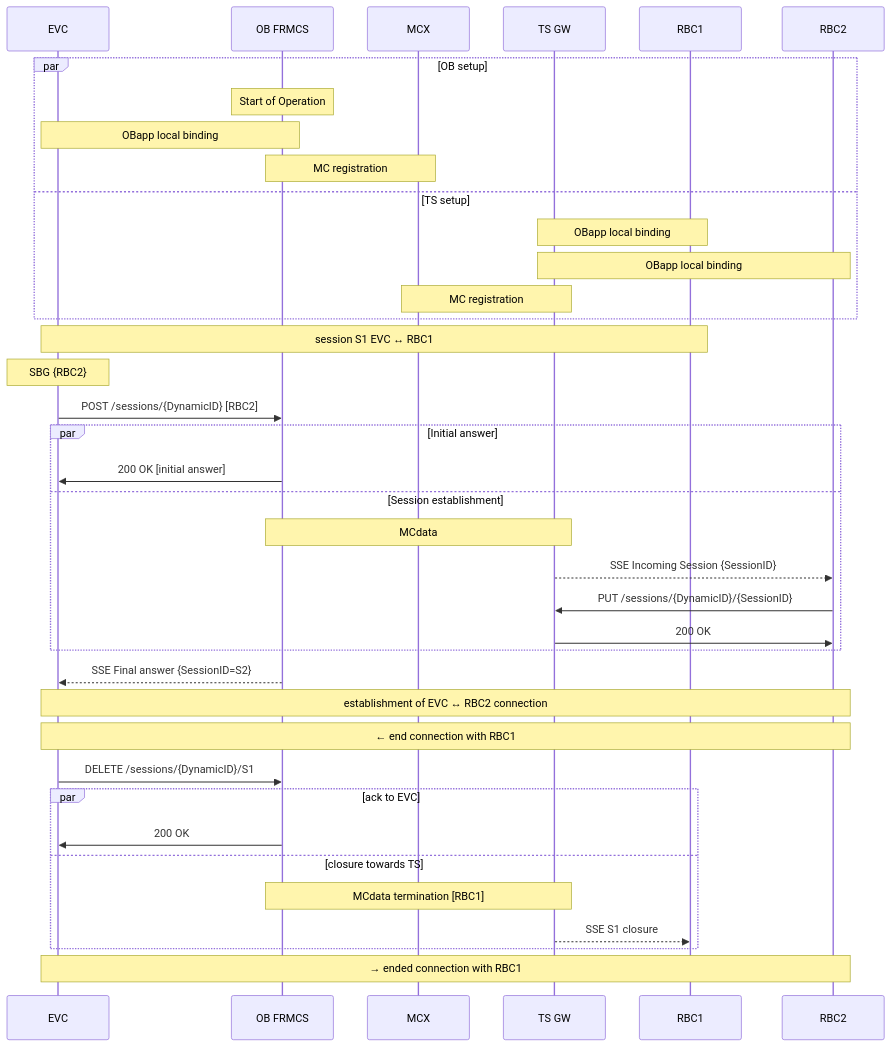
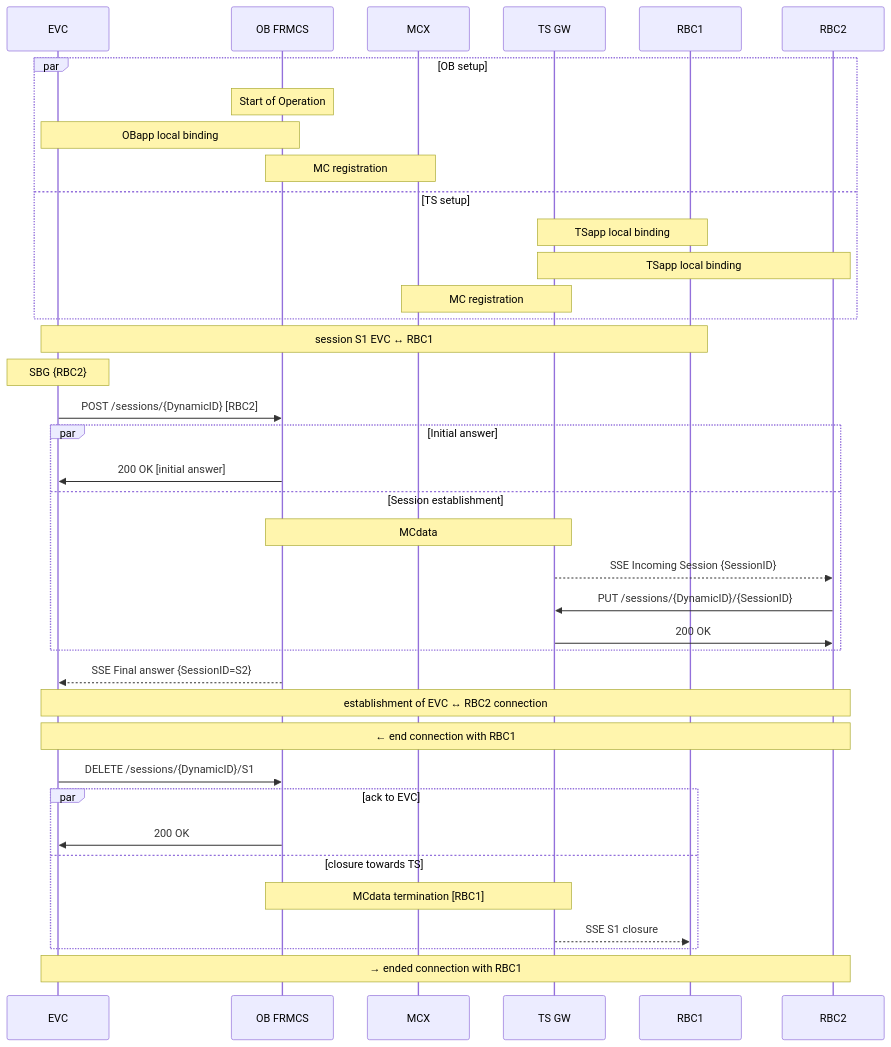
The third of 4 diagrams in API/README.md (UICrail/FRMCSSandbox), drawn with Mermaid before and after one commit. The commit also changed other lines of this file, not shown here.

````diff
--- a/API/README.md
+++ b/API/README.md
@@ -97,48 +97,48 @@
 ```mermaid
 
 sequenceDiagram
 participant A as EVC
 participant O as OB FRMCS
 participant M as MCX
 participant T as TS GW
 participant B1 as RBC1
 participant B2 as RBC2
 
 par OB setup
 	Note over O: Start of Operation 
 	Note over A,O: OBapp local binding
 	Note over O,M:	MC registration
 and TS setup
-	Note over B1,T: OBapp local binding
-	Note over B2,T: OBapp local binding
+	Note over B1,T: TSapp local binding
+	Note over B2,T: TSapp local binding
 	Note over T,M:	MC registration
 end
 
 % existing session with B1
 Note over A,B1: session S1 EVC ↔ RBC1
 
 % establishment of session to B2
 Note over A:	SBG {RBC2}
 
 A->>O:	POST /sessions/{DynamicID} [RBC2]
 par Initial answer
 	O->>A:	200 OK [initial answer]
 and Session establishment
 	Note over O,T: MCdata
 	T-->>B2:	SSE Incoming Session {SessionID}
 	B2->>T:	PUT /sessions/{DynamicID}/{SessionID}
 	T->>B2: 200 OK
 end
 O-->>A:	SSE Final answer {SessionID=S2}	
 Note over A,B2: establishment of EVC ↔ RBC2 connection
 Note over A,B2: ← end connection with RBC1
 A->>O:	DELETE /sessions/{DynamicID}/S1
 par ack to EVC
 	O->>A:	200 OK
 and closure towards TS
 	Note over O,T:	MCdata termination [RBC1]
 	T-->>B1: SSE S1 closure
 end
 Note over A,B2: → ended connection with RBC1
 
 ```
````
